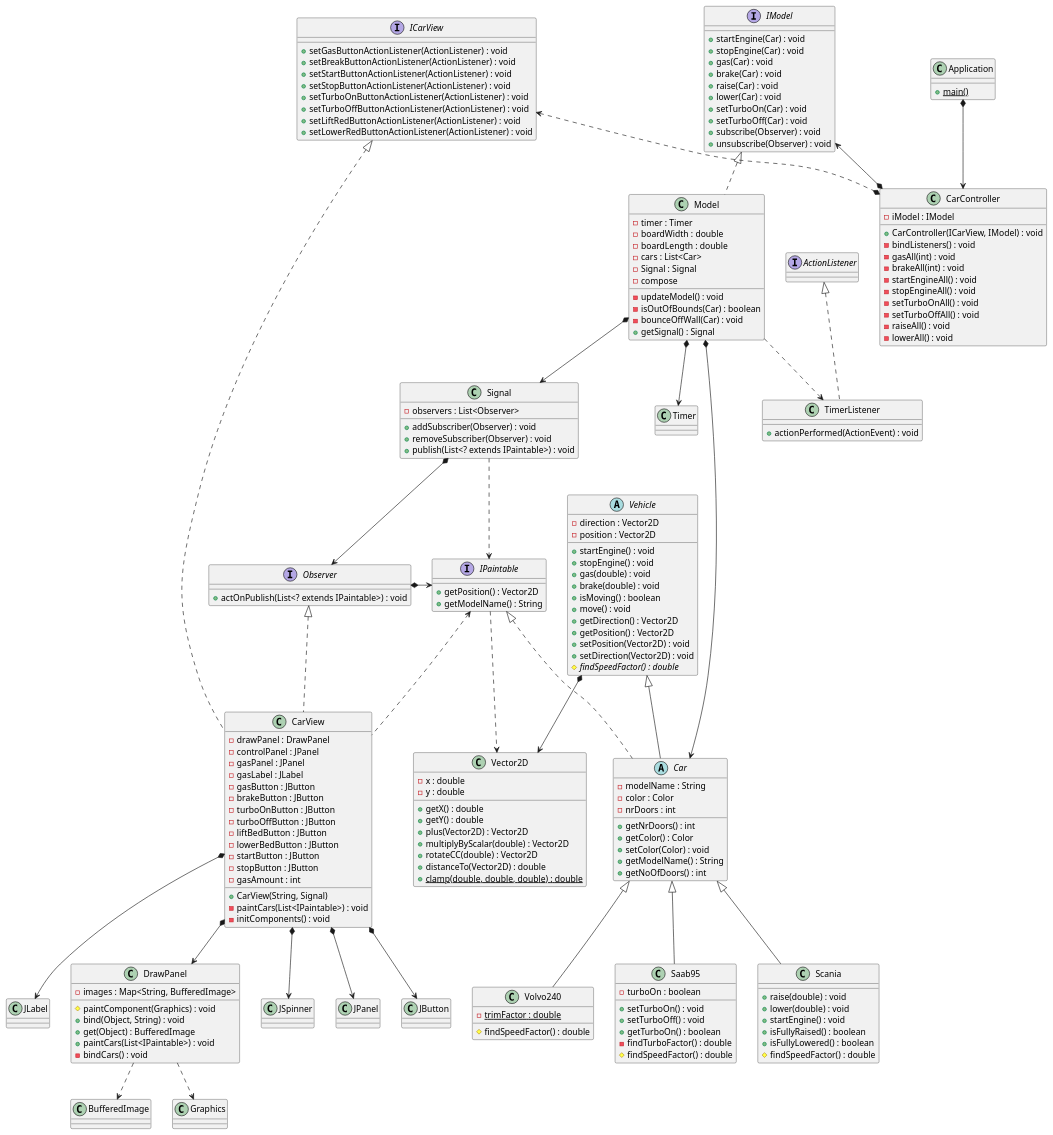
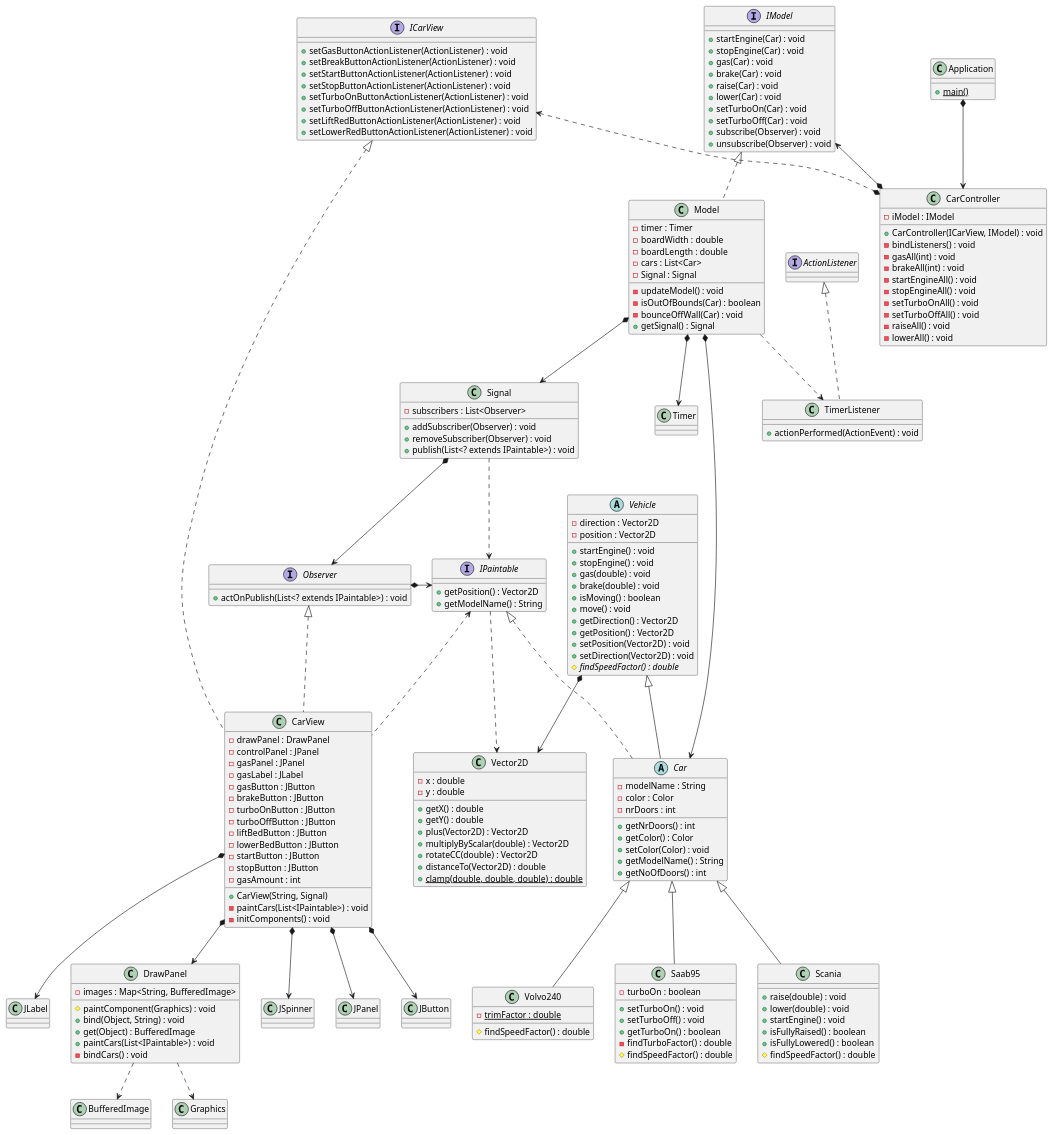
The diagram in src/Uppg4.puml (Yogaledare/dit953-lab2), drawn with PlantUML before and after one commit.

Commit message:
small changes in class diagram

```diff
--- a/src/Uppg4.puml
+++ b/src/Uppg4.puml
@@ -29,7 +29,6 @@
 -cars : List<Car>
 -Signal : Signal
 -updateModel() : void
--compose
 -isOutOfBounds(Car) : boolean
 -bounceOffWall(Car) : void
 +getSignal() : Signal
@@ -221,7 +220,7 @@
 Observer *-> IPaintable
 
 class Signal{
-- observers : List<Observer>
+- subscribers : List<Observer>
 + addSubscriber(Observer) : void
 + removeSubscriber(Observer) : void
 + publish(List<? extends IPaintable>) : void
```
